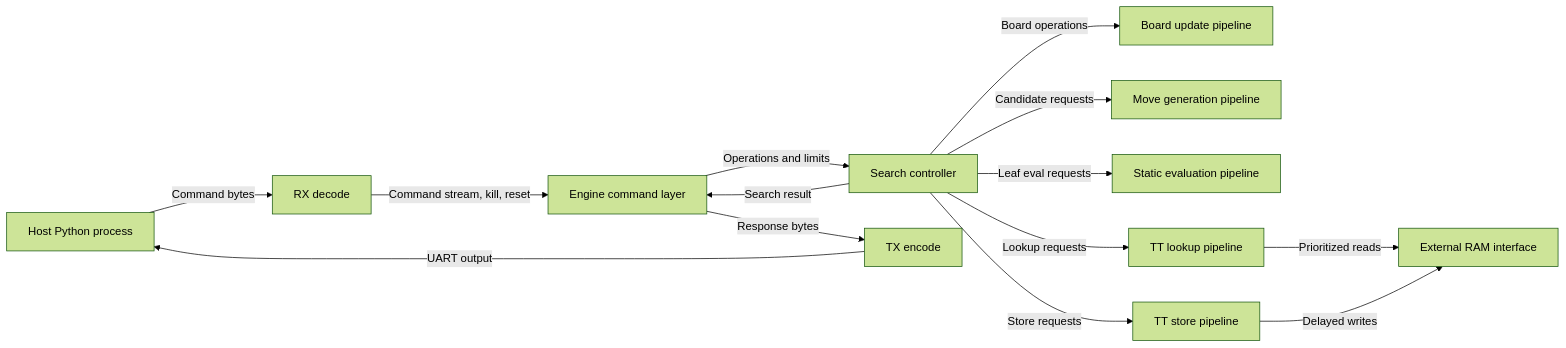
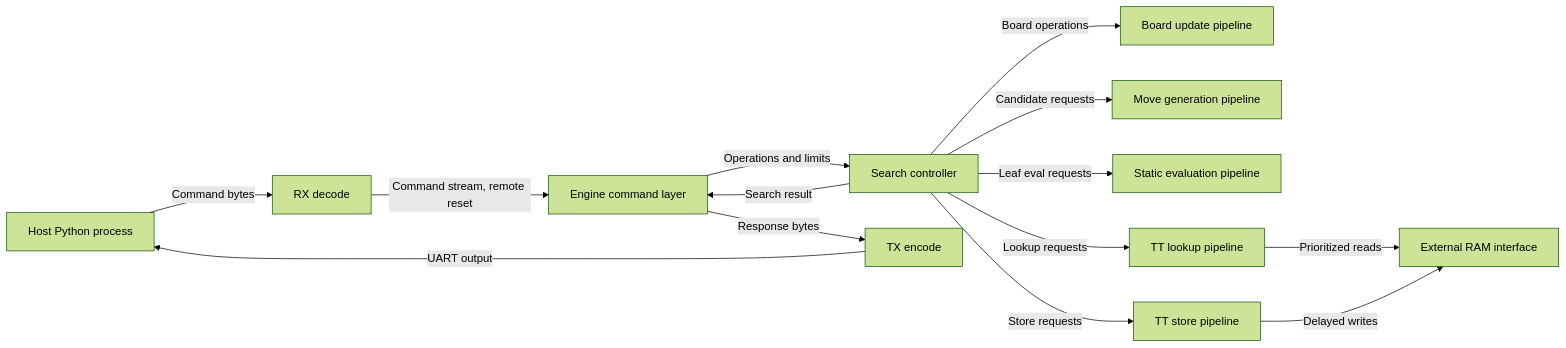
One commit to 3met/FPGA-Chess changed the diagram in docs/architecture/chip-design.md. Above: the diagram before and after it, drawn with Mermaid (forest theme). The commit also changed other lines of this file and 16 other files, not shown here.

````diff
--- a/docs/architecture/chip-design.md
+++ b/docs/architecture/chip-design.md
@@ -28,28 +28,28 @@
 ```mermaid
 flowchart LR
     Host["Host Python process"]
     RX["RX decode"]
     Engine["Engine command layer"]
     Search["Search controller"]
     BoardUpdate["Board update pipeline"]
     MoveGen["Move generation pipeline"]
     StaticEval["Static evaluation pipeline"]
     TTLookup["TT lookup pipeline"]
     TTStore["TT store pipeline"]
     RAM["External RAM interface"]
     TX["TX encode"]
 
     Host -->|"Command bytes"| RX
-    RX -->|"Command stream, kill, reset"| Engine
+    RX -->|"Command stream, remote reset"| Engine
     Engine -->|"Operations and limits"| Search
     Search -->|"Board operations"| BoardUpdate
     Search -->|"Candidate requests"| MoveGen
     Search -->|"Leaf eval requests"| StaticEval
     Search -->|"Lookup requests"| TTLookup
     Search -->|"Store requests"| TTStore
     TTLookup -->|"Prioritized reads"| RAM
     TTStore -->|"Delayed writes"| RAM
     Search -->|"Search result"| Engine
     Engine -->|"Response bytes"| TX
     TX -->|"UART output"| Host
 ```
````
